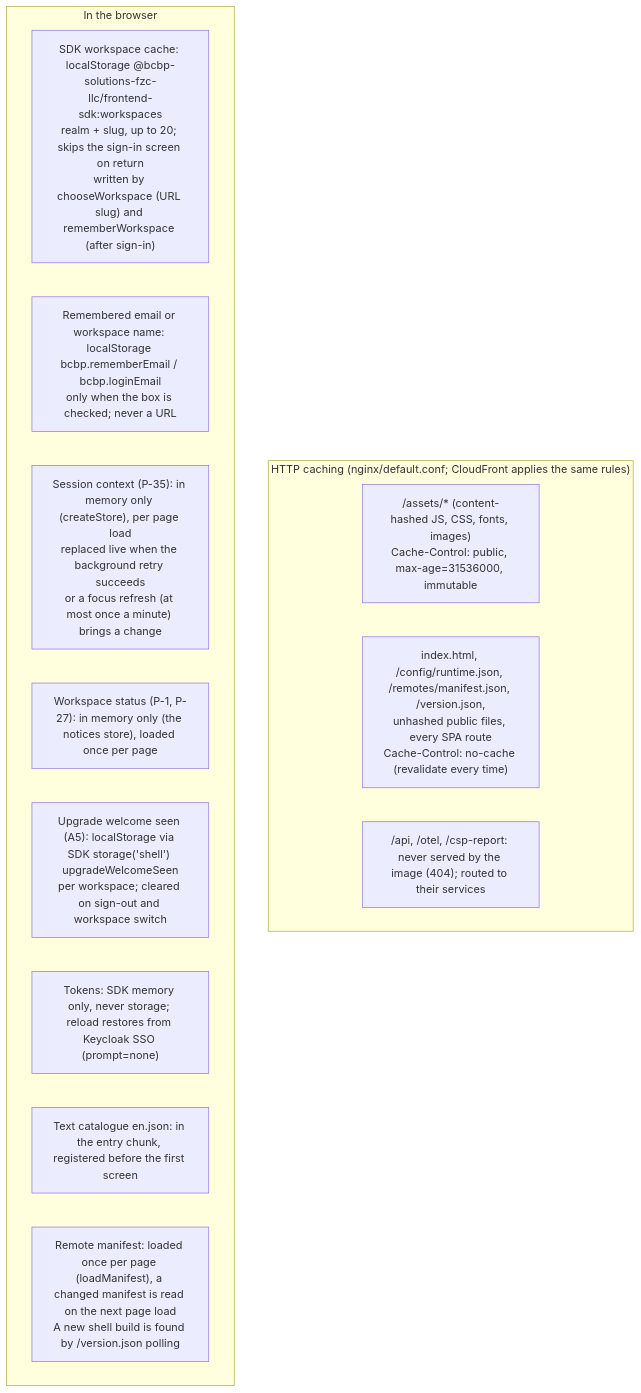
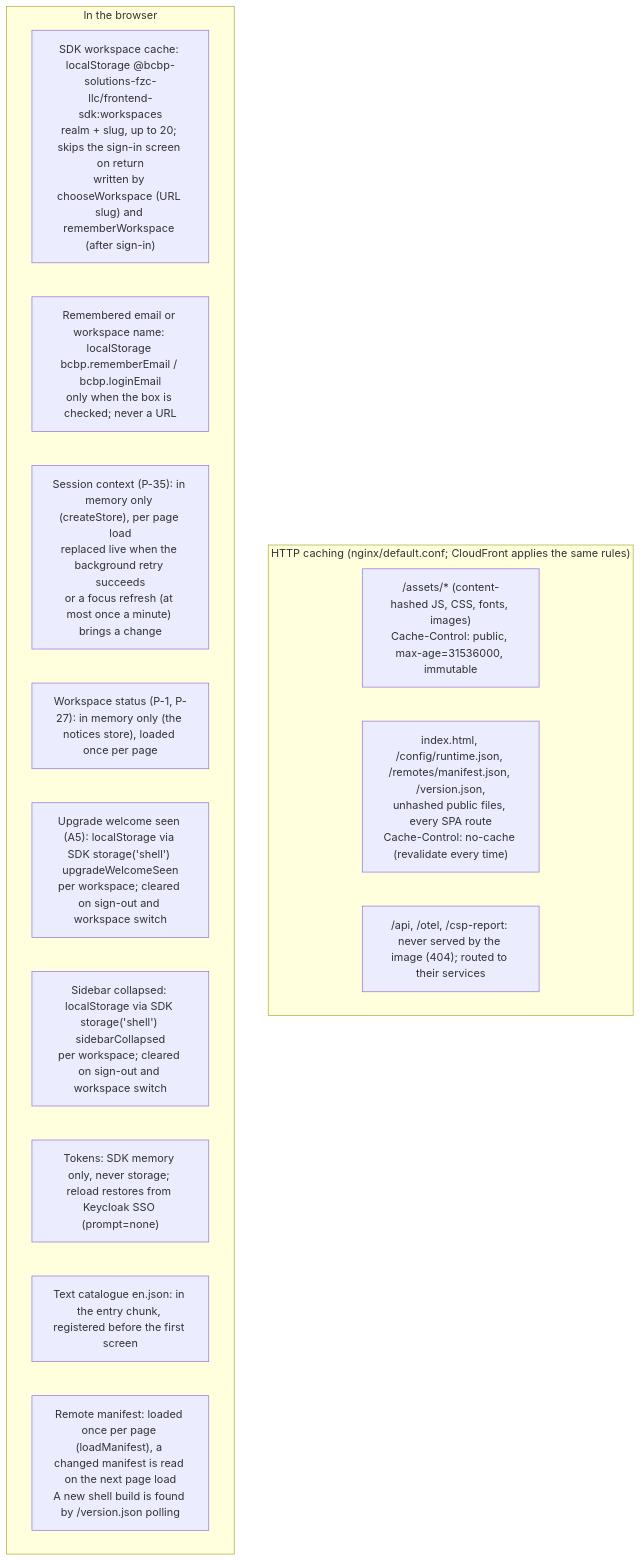
The diagram in docs/architecture/mermaid/cache-strategy.mmd (BCBP-SOLUTIONS-FZC-LLC/web-shell), drawn with Mermaid before and after one commit. The commit also changed 30 other files, not shown here.

```diff
--- a/docs/architecture/mermaid/cache-strategy.mmd
+++ b/docs/architecture/mermaid/cache-strategy.mmd
@@ -1,16 +1,17 @@
 flowchart TD
     subgraph http["HTTP caching (nginx/default.conf; CloudFront applies the same rules)"]
         h1["/assets/* (content-hashed JS, CSS, fonts, images)\nCache-Control: public, max-age=31536000, immutable"]
         h2["index.html, /config/runtime.json, /remotes/manifest.json, /version.json,\nunhashed public files, every SPA route\nCache-Control: no-cache (revalidate every time)"]
         h3["/api, /otel, /csp-report: never served by the image (404); routed to their services"]
     end
     subgraph browser["In the browser"]
         b1["SDK workspace cache: localStorage @bcbp-solutions-fzc-llc/frontend-sdk:workspaces\nrealm + slug, up to 20; skips the sign-in screen on return\nwritten by chooseWorkspace (URL slug) and rememberWorkspace (after sign-in)"]
         b2["Remembered email or workspace name: localStorage bcbp.rememberEmail / bcbp.loginEmail\nonly when the box is checked; never a URL"]
         b3["Session context (P-35): in memory only (createStore), per page load\nreplaced live when the background retry succeeds\nor a focus refresh (at most once a minute) brings a change"]
         b7["Workspace status (P-1, P-27): in memory only (the notices store), loaded once per page"]
         b8["Upgrade welcome seen (A5): localStorage via SDK storage('shell') upgradeWelcomeSeen\nper workspace; cleared on sign-out and workspace switch"]
+        b9["Sidebar collapsed: localStorage via SDK storage('shell') sidebarCollapsed\nper workspace; cleared on sign-out and workspace switch"]
         b4["Tokens: SDK memory only, never storage; reload restores from Keycloak SSO (prompt=none)"]
         b5["Text catalogue en.json: in the entry chunk, registered before the first screen"]
         b6["Remote manifest: loaded once per page (loadManifest), a changed manifest is read on the next page load\nA new shell build is found by /version.json polling"]
     end
```
